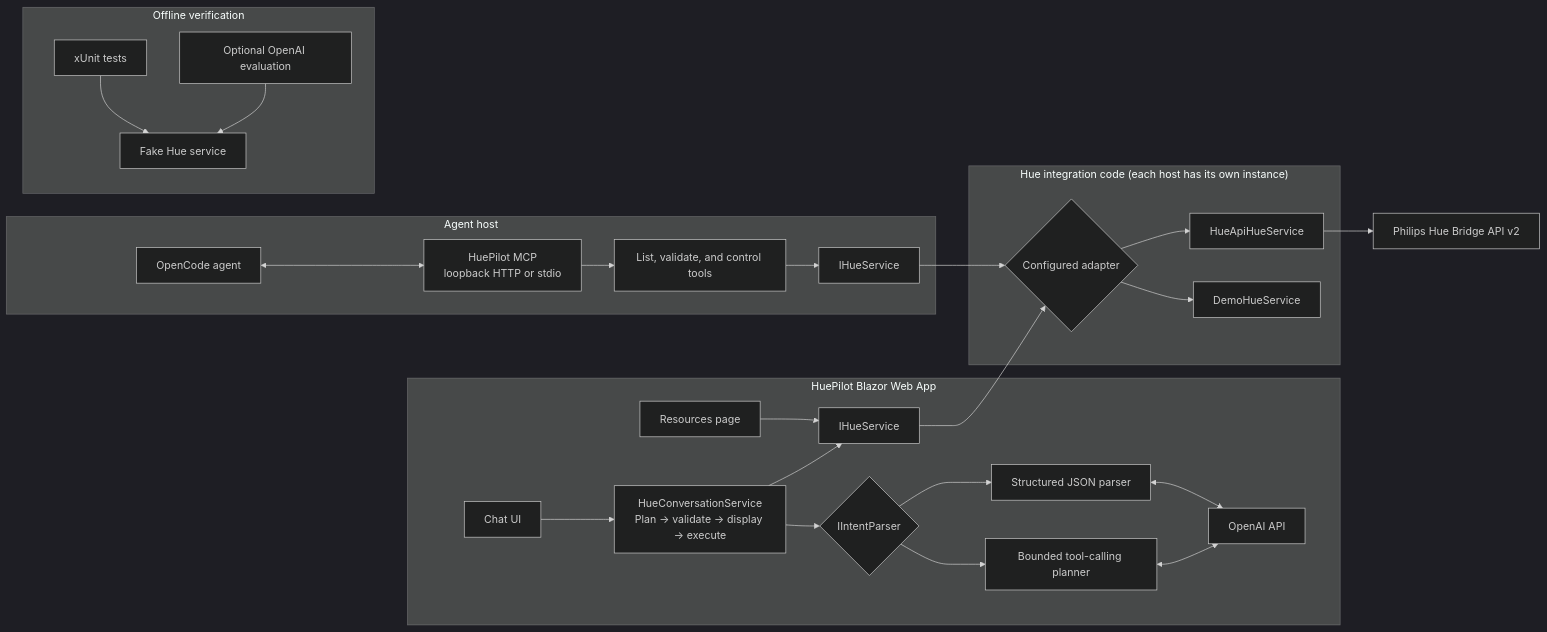
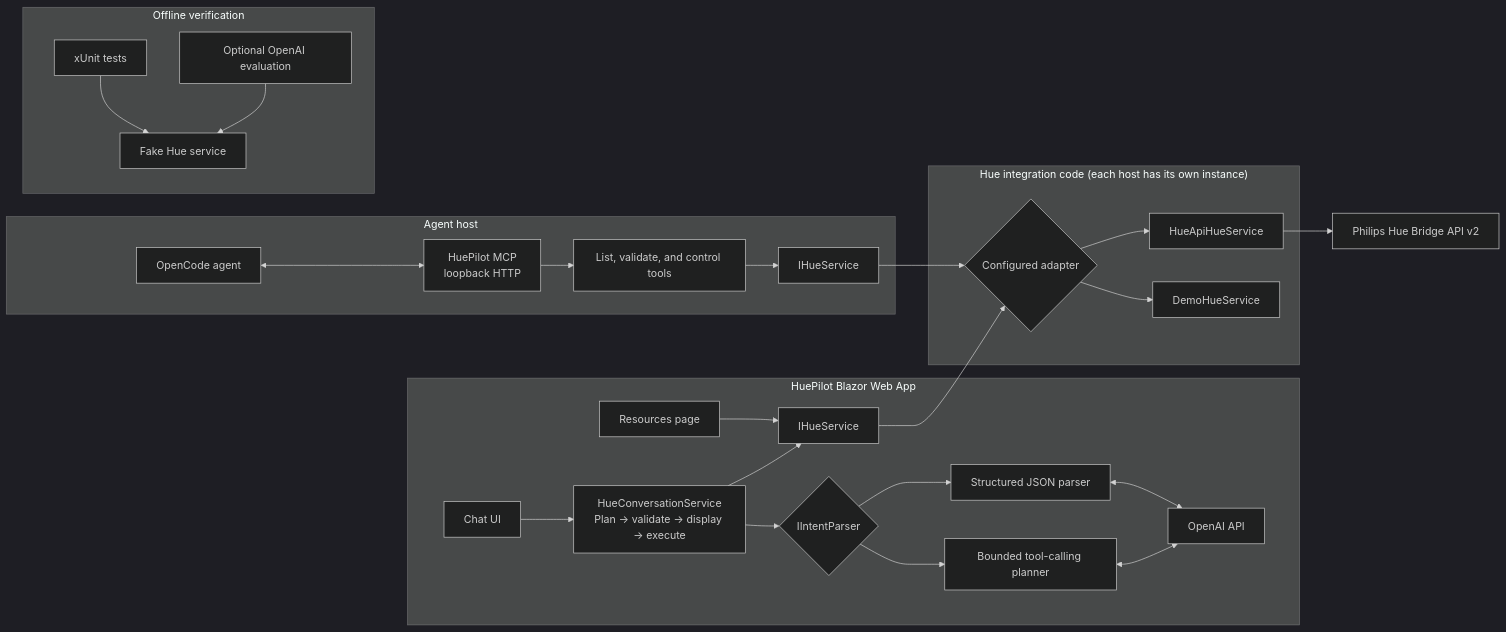
Before and after one commit to StefanRebsamen/HuePilot: the diagram in README.md, drawn with Mermaid (dark theme). The commit also changed other lines of this file and 5 other files, not shown here.

````diff
--- a/README.md
+++ b/README.md
@@ -17,33 +17,33 @@
 ```mermaid
 flowchart LR
     subgraph Web["HuePilot Blazor Web App"]
         Chat["Chat UI"] --> Conversation["HueConversationService<br/>Plan → validate → display → execute"]
         Resources["Resources page"] --> HuePort
         Conversation --> Parser{"IIntentParser"}
         Parser --> Structured["Structured JSON parser"]
         Parser --> ToolPlanner["Bounded tool-calling planner"]
         Structured <--> OpenAI["OpenAI API"]
         ToolPlanner <--> OpenAI
         Conversation --> HuePort["IHueService"]
     end
 
     subgraph AgentHost["Agent host"]
-        Agent["OpenCode agent"] <--> MCP["HuePilot MCP<br/>loopback HTTP or stdio"]
+        Agent["OpenCode agent"] <--> MCP["HuePilot MCP<br/>loopback HTTP"]
         MCP --> MCPTools["List, validate, and control tools"]
         MCPTools --> MCPHuePort["IHueService"]
     end
 
     subgraph HueIntegration["Hue integration code (each host has its own instance)"]
         HuePort --> Adapter{"Configured adapter"}
         MCPHuePort --> Adapter
         Adapter --> Live["HueApiHueService"]
         Adapter --> Demo["DemoHueService"]
     end
 
     Live --> Bridge["Philips Hue Bridge API v2"]
 
     subgraph Verification["Offline verification"]
         Unit["xUnit tests"] --> Fake["Fake Hue service"]
         Evaluation["Optional OpenAI evaluation"] --> Fake
     end
 ```
````
